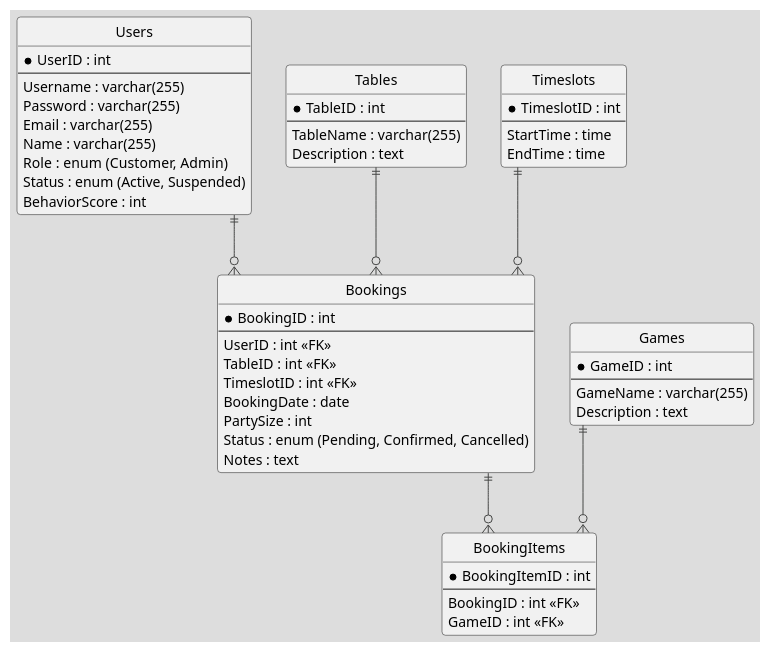
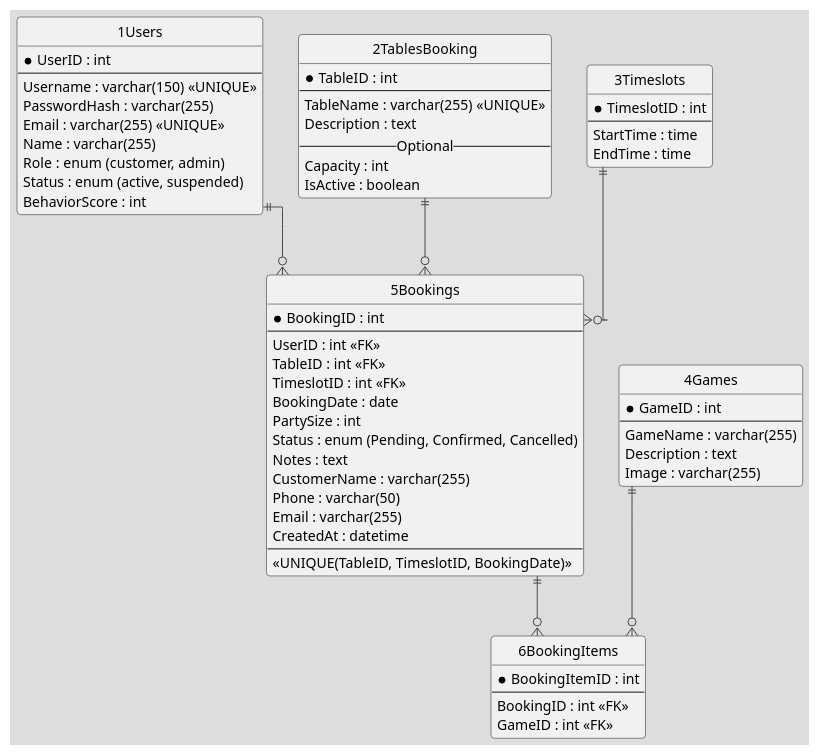
Before and after one commit to Dream0137/Project2025: the diagram in Diagram/Database.puml, drawn with PlantUML. The commit also changed other lines of this file and 1 other file, not shown here.

```diff
--- a/Diagram/Database.puml
+++ b/Diagram/Database.puml
@@ -1,68 +1,78 @@
 @startuml
 !theme toy
 skinparam linetype ortho
 hide circle
 hide stereotype
 skinparam entity {
   arrowColor Black
 }
 
-entity "Users" as user {
+entity "1Users" as user {
   * UserID : int
   --
-  Username : varchar(255)
-  Password : varchar(255)
-  Email : varchar(255)
+  Username : varchar(150) <<UNIQUE>>
+  PasswordHash : varchar(255)
+  Email : varchar(255) <<UNIQUE>>
   Name : varchar(255)
-  Role : enum (Customer, Admin)
-  Status : enum (Active, Suspended)
+  Role : enum (customer, admin)
+  Status : enum (active, suspended)
   BehaviorScore : int
 }
 
-entity "Tables" as table {
+entity "2TablesBooking" as table {
   * TableID : int
   --
-  TableName : varchar(255)
+  TableName : varchar(255) <<UNIQUE>>
   Description : text
+  -- Optional --
+  Capacity : int
+  IsActive : boolean
 }
 
-entity "Timeslots" as timeslot {
+entity "3Timeslots" as timeslot {
   * TimeslotID : int
   --
   StartTime : time
   EndTime : time
 }
 
-entity "Games" as game {
+entity "4Games" as game {
   * GameID : int
   --
   GameName : varchar(255)
   Description : text
+  Image : varchar(255)
 }
 
-entity "Bookings" as booking {
+entity "5Bookings" as booking {
   * BookingID : int
   --
   UserID : int <<FK>>
   TableID : int <<FK>>
   TimeslotID : int <<FK>>
   BookingDate : date
   PartySize : int
   Status : enum (Pending, Confirmed, Cancelled)
   Notes : text
+  CustomerName : varchar(255)
+  Phone : varchar(50)
+  Email : varchar(255)
+  CreatedAt : datetime
+  --
+  <<UNIQUE(TableID, TimeslotID, BookingDate)>>
 }
 
-entity "BookingItems" as booking_item {
+entity "6BookingItems" as booking_item {
   * BookingItemID : int
   --
   BookingID : int <<FK>>
   GameID : int <<FK>>
 }
 
 user ||--o{ booking
 table ||--o{ booking
 timeslot ||--o{ booking
 booking ||--o{ booking_item
 game ||--o{ booking_item
 
 @enduml
```
